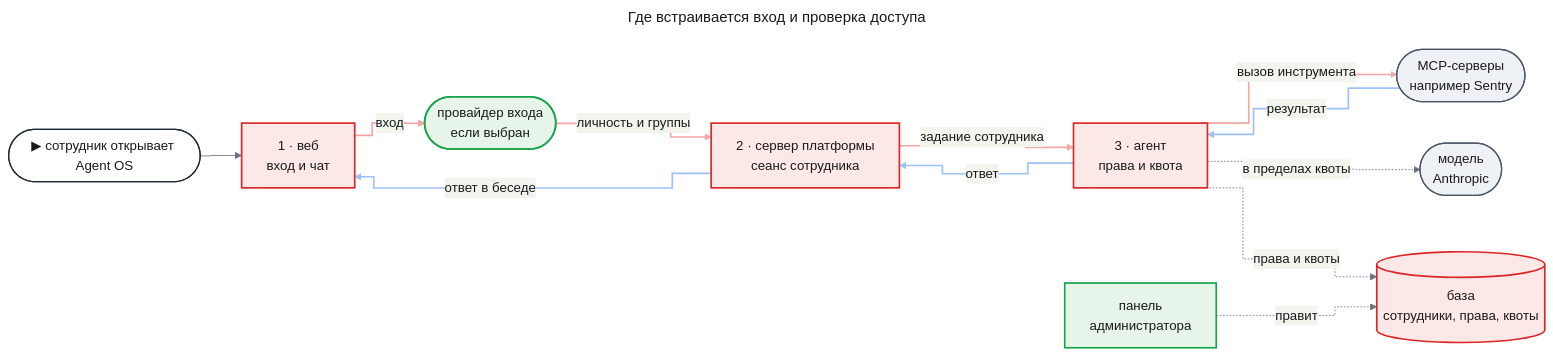
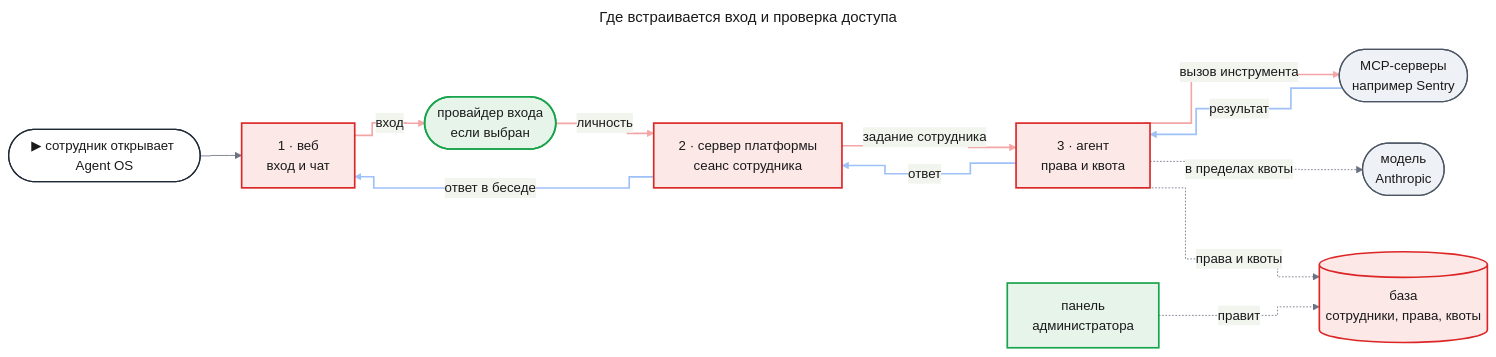
The first of 6 diagrams in docs/features/enterprise-access/prd.md (tundraray/agent-os), drawn with Mermaid before and after one commit. The commit also changed other lines of this file, not shown here.

````diff
--- a/docs/features/enterprise-access/prd.md
+++ b/docs/features/enterprise-access/prd.md
@@ -51,61 +51,61 @@
 ```mermaid
 ---
 title: "Где встраивается вход и проверка доступа"
 config:
   theme: base
   look: classic
   themeVariables:
     primaryColor: "#eef1f5"
     primaryBorderColor: "#4b5563"
     primaryTextColor: "#1a1a1a"
     lineColor: "#6b7280"
   flowchart:
     curve: step
   themeCSS: |
     @keyframes lit_ea{0%,12.86%{stroke:#991b1b;stroke-width:6px}14.29%,100%{stroke:#f4a5a5;stroke-width:2px}}
     @keyframes litr_ea{0%,12.86%{stroke:#1d4ed8;stroke-width:6px}14.29%,100%{stroke:#9ec1f7;stroke-width:2px}}
 ---
 flowchart LR
     entry(["▶ сотрудник открывает Agent OS"])
     web["1 · веб<br/>вход и чат"]
     idp(["провайдер входа<br/>если выбран"])
     api["2 · сервер платформы<br/>сеанс сотрудника"]
     agent["3 · агент<br/>права и квота"]
     mcp(["MCP-серверы<br/>например Sentry"])
     model(["модель<br/>Anthropic"])
     db[("база<br/>сотрудники, права, квоты")]
     admin["панель<br/>администратора"]
     entry --> web
     web e1@-->|"вход"| idp
-    idp e2@-->|"личность и группы"| api
+    idp e2@-->|"личность"| api
     api e3@-->|"задание сотрудника"| agent
     agent e4@-->|"вызов инструмента"| mcp
     mcp e5@-->|"результат"| agent
     agent e6@-->|"ответ"| api
     api e7@-->|"ответ в беседе"| web
     agent -.->|"в пределах квоты"| model
     agent -.->|"права и квоты"| db
     admin -.->|"правит"| db
     classDef entry fill:#ffffff,stroke:#1f2937,stroke-width:1.5px,color:#1a1a1a
     classDef changed fill:#fde8e8,stroke:#dc2626,stroke-width:2px,color:#1a1a1a
     classDef new fill:#e6f4ea,stroke:#16a34a,stroke-width:2px,color:#1a1a1a
     classDef unchanged fill:#eef1f5,stroke:#4b5563,stroke-width:1.5px,color:#1a1a1a
     classDef w1 stroke:#f4a5a5,stroke-width:2px,animation:lit_ea 8.4s linear 0s infinite
     classDef w2 stroke:#f4a5a5,stroke-width:2px,animation:lit_ea 8.4s linear 1.2s infinite
     classDef w3 stroke:#f4a5a5,stroke-width:2px,animation:lit_ea 8.4s linear 2.4s infinite
     classDef w4 stroke:#f4a5a5,stroke-width:2px,animation:lit_ea 8.4s linear 3.6s infinite
     classDef r1 stroke:#9ec1f7,stroke-width:2px,animation:litr_ea 8.4s linear 4.8s infinite
     classDef r2 stroke:#9ec1f7,stroke-width:2px,animation:litr_ea 8.4s linear 6s infinite
     classDef r3 stroke:#9ec1f7,stroke-width:2px,animation:litr_ea 8.4s linear 7.2s infinite
     class entry entry
     class web,api,agent,db changed
     class idp,admin new
     class mcp,model unchanged
     class e1 w1
     class e2 w2
     class e3 w3
     class e4 w4
     class e5 r1
     class e6 r2
     class e7 r3
 ```
````
